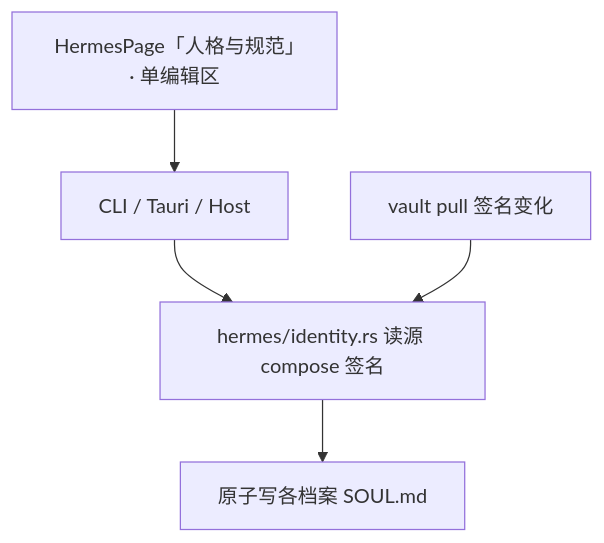
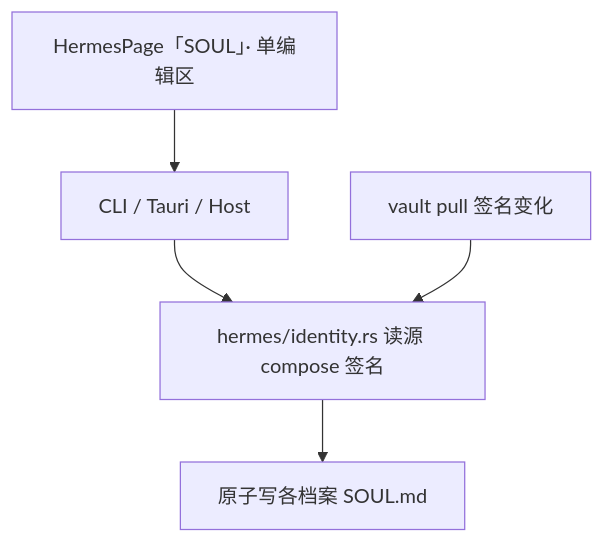
Before and after one commit to YYFF925/SkillManager: the second of 2 diagrams in docs/technical-reference/hermes-identity-architecture.md, drawn with Mermaid. The commit also changed other lines of this file and 16 other files, not shown here.

First line of the commit message:
fix: Hermes 档案页入口与对话框标题改为 SOUL

````diff
--- a/docs/technical-reference/hermes-identity-architecture.md
+++ b/docs/technical-reference/hermes-identity-architecture.md
@@ -104,7 +104,7 @@
 ```mermaid
 flowchart TB
-  UI["HermesPage「人格与规范」· 单编辑区"] --> T["CLI / Tauri / Host"]
+  UI["HermesPage「SOUL」· 单编辑区"] --> T["CLI / Tauri / Host"]
   T --> C["hermes/identity.rs 读源 compose 签名"]
   C --> W["原子写各档案 SOUL.md"]
   PULL["vault pull 签名变化"] --> C
 ```
````
